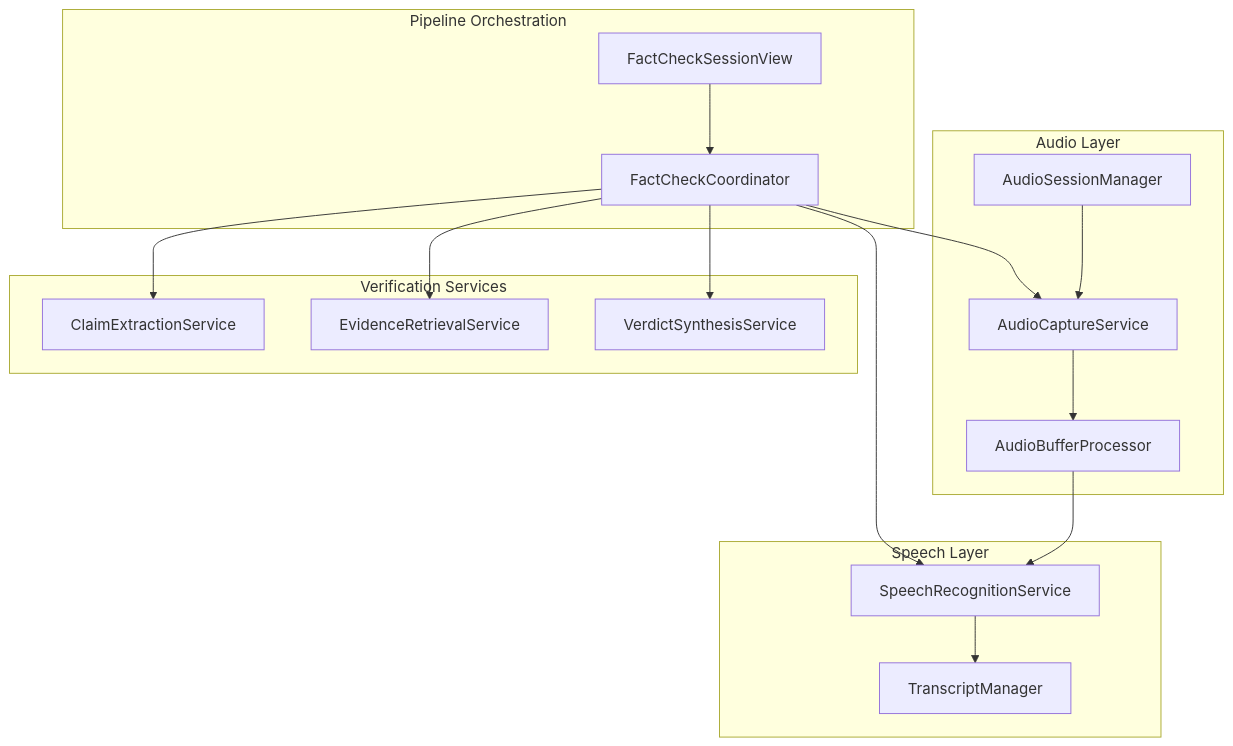
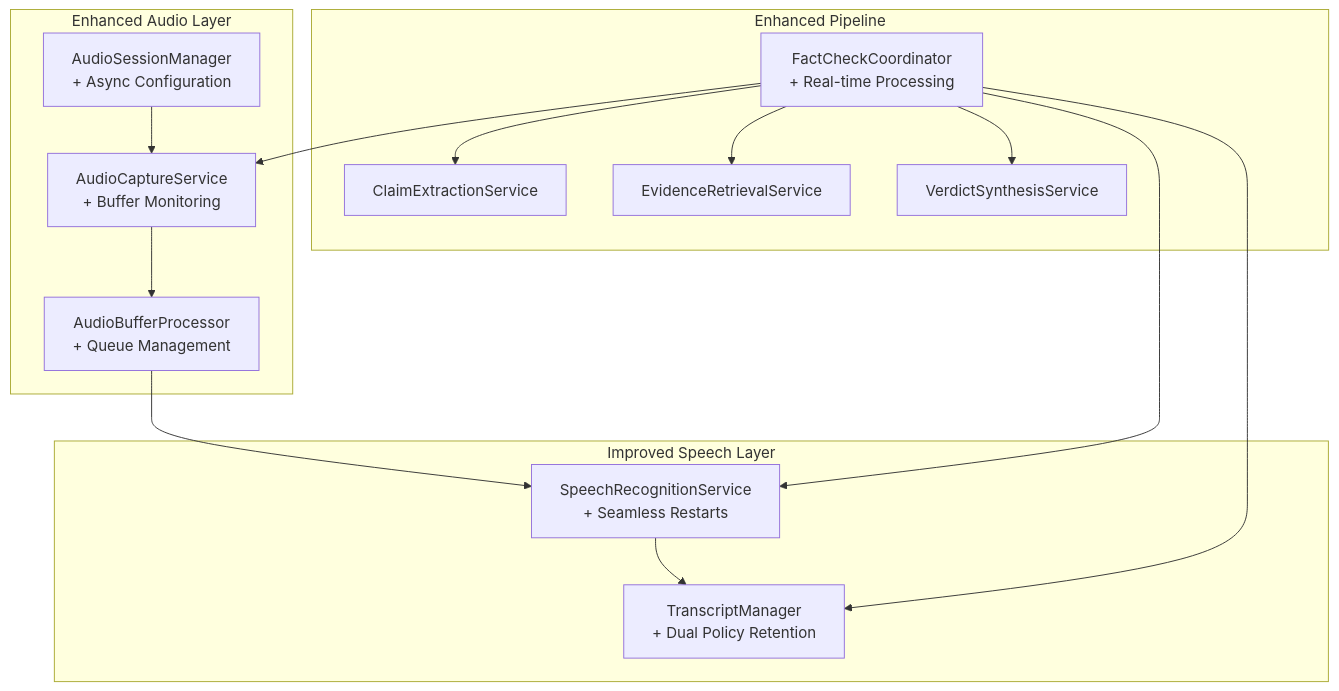
The first of 4 diagrams in .qoder/repowiki/en/content/Core Services/Speech Recognition.md (alexandreybasta-cyber/factshield-ios), drawn with Mermaid before and after one commit. The commit also changed other lines of this file and 97 other files, not shown here.

````diff
--- a/.qoder/repowiki/en/content/Core Services/Speech Recognition.md
+++ b/.qoder/repowiki/en/content/Core Services/Speech Recognition.md
@@ -42,30 +55,27 @@
 ```mermaid
 graph TB
-subgraph "Audio Layer"
-AC["AudioCaptureService"]
-ABP["AudioBufferProcessor"]
-ASM["AudioSessionManager"]
+subgraph "Enhanced Audio Layer"
+AC["AudioCaptureService<br/>+ Buffer Monitoring"]
+ABP["AudioBufferProcessor<br/>+ Queue Management"]
+ASM["AudioSessionManager<br/>+ Async Configuration"]
 end
-subgraph "Speech Layer"
-SRS["SpeechRecognitionService"]
-TM["TranscriptManager"]
+subgraph "Improved Speech Layer"
+SRS["SpeechRecognitionService<br/>+ Seamless Restarts"]
+TM["TranscriptManager<br/>+ Dual Policy Retention"]
 end
-subgraph "Pipeline Orchestration"
-FC["FactCheckCoordinator"]
-FCSV["FactCheckSessionView"]
-end
-subgraph "Verification Services"
+subgraph "Enhanced Pipeline"
+FC["FactCheckCoordinator<br/>+ Real-time Processing"]
 CES["ClaimExtractionService"]
 ERS["EvidenceRetrievalService"]
 VSS["VerdictSynthesisService"]
 end
 AC --> ABP --> SRS
 ASM --> AC
 SRS --> TM
 FC --> AC
 FC --> SRS
+FC --> TM
 FC --> CES
 FC --> ERS
 FC --> VSS
-FCSV --> FC
 ```
````
